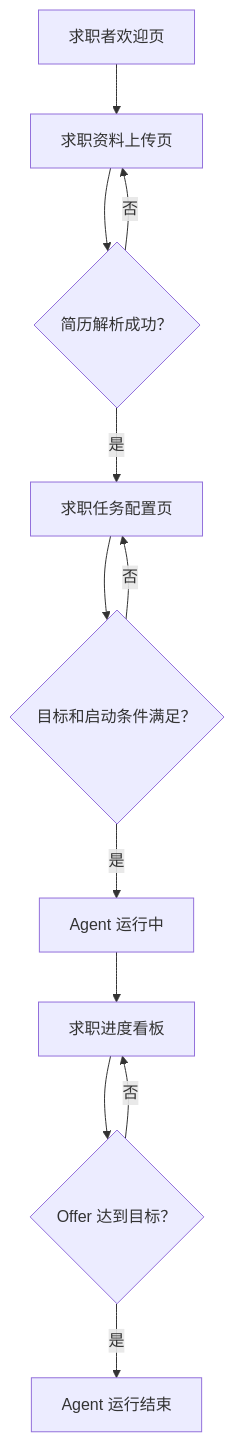
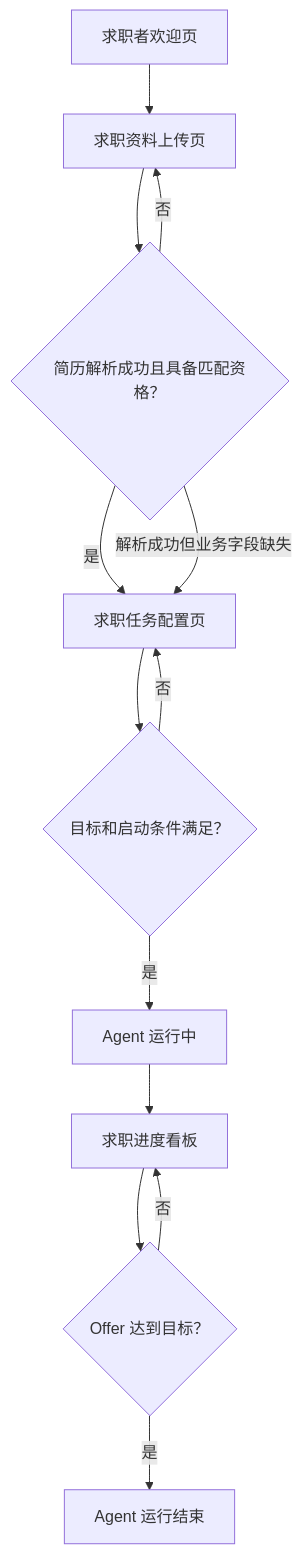
One commit to mingyuexinc/Careerpass changed the second of 3 diagrams in careerpass-frontend/docs/product/frontend-product-flow.md. Above: the diagram before and after it, drawn with Mermaid. The commit also changed other lines of this file and 8 other files, not shown here.

````diff
--- a/careerpass-frontend/docs/product/frontend-product-flow.md
+++ b/careerpass-frontend/docs/product/frontend-product-flow.md
@@ -208,14 +208,15 @@
 ```mermaid
 flowchart TD
     A["求职者欢迎页"] --> B["求职资料上传页"]
-    B --> C{"简历解析成功？"}
+    B --> C{"简历解析成功且具备匹配资格？"}
     C -- "否" --> B
     C -- "是" --> D["求职任务配置页"]
+    C -- "解析成功但业务字段缺失" --> D
     D --> E{"目标和启动条件满足？"}
     E -- "否" --> D
     E -- "是" --> F["Agent 运行中"]
     F --> G["求职进度看板"]
     G --> H{"Offer 达到目标？"}
     H -- "否" --> G
     H -- "是" --> I["Agent 运行结束"]
 ```
````
